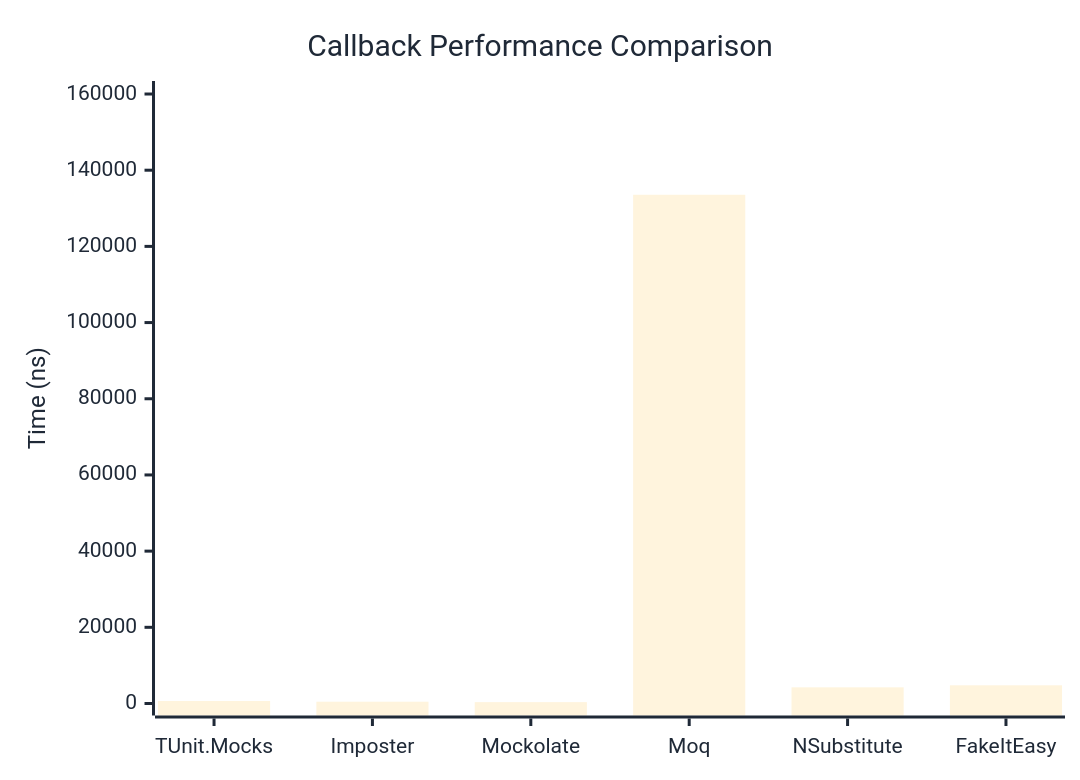
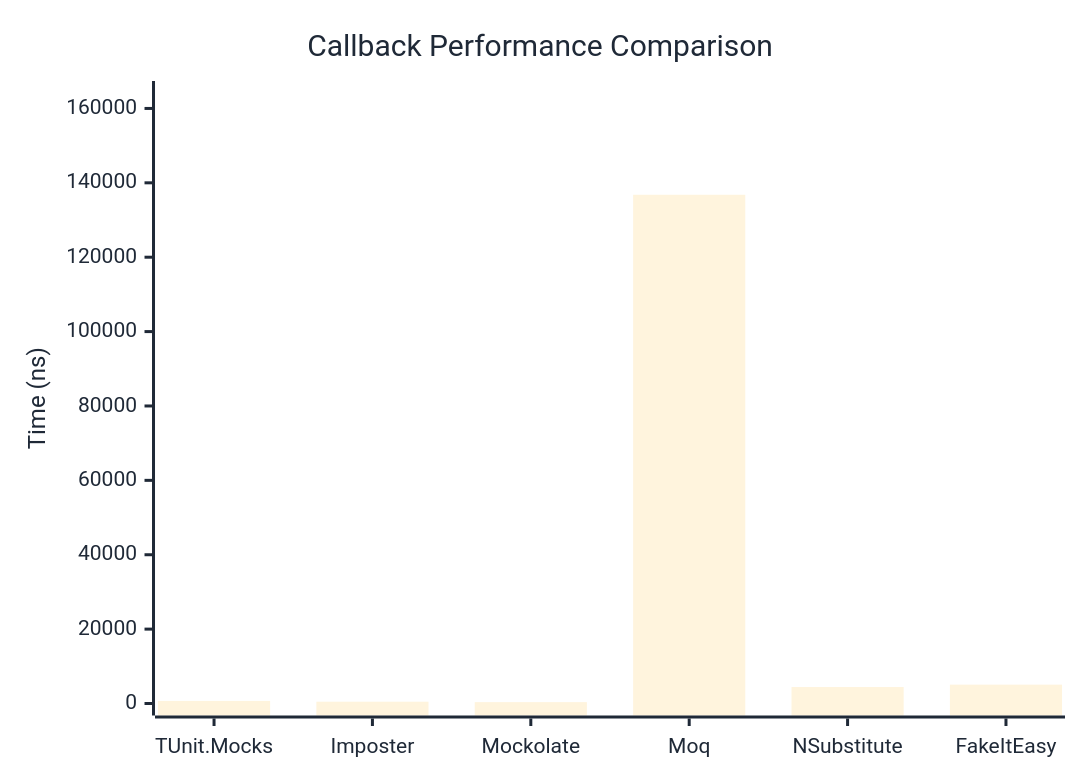
One commit to thomhurst/TUnit changed the first of 2 diagrams in docs/docs/benchmarks/mocks/Callback.md. Above: the diagram before and after it, drawn with Mermaid. The commit also changed other lines of this file and 14 other files, not shown here.

````diff
--- a/docs/docs/benchmarks/mocks/Callback.md
+++ b/docs/docs/benchmarks/mocks/Callback.md
@@ -30,27 +30,27 @@
 ```mermaid
 %%{init: {
   'theme':'base',
   'themeVariables': {
     'primaryColor': '#2563eb',
     'primaryTextColor': '#1f2937',
     'primaryBorderColor': '#1e40af',
     'lineColor': '#6b7280',
     'secondaryColor': '#7c3aed',
     'tertiaryColor': '#dc2626',
     'background': '#ffffff',
     'pie1': '#2563eb',
     'pie2': '#7c3aed',
     'pie3': '#dc2626',
     'pie4': '#f59e0b',
     'pie5': '#10b981',
     'pie6': '#06b6d4',
     'pie7': '#ec4899',
     'pie8': '#6366f1'
   }
 }}%%
 xychart-beta
   title "Callback Performance Comparison"
   x-axis ["TUnit.Mocks", "Imposter", "Mockolate", "Moq", "NSubstitute", "FakeItEasy"]
-  y-axis "Time (ns)" 0 --> 160267
-  bar [662, 468.5, 355.4, 133555.2, 4242.2, 4773.1]
+  y-axis "Time (ns)" 0 --> 164152
+  bar [690.3, 483.2, 365.8, 136792.8, 4427.2, 5069.5]
 ```
````
